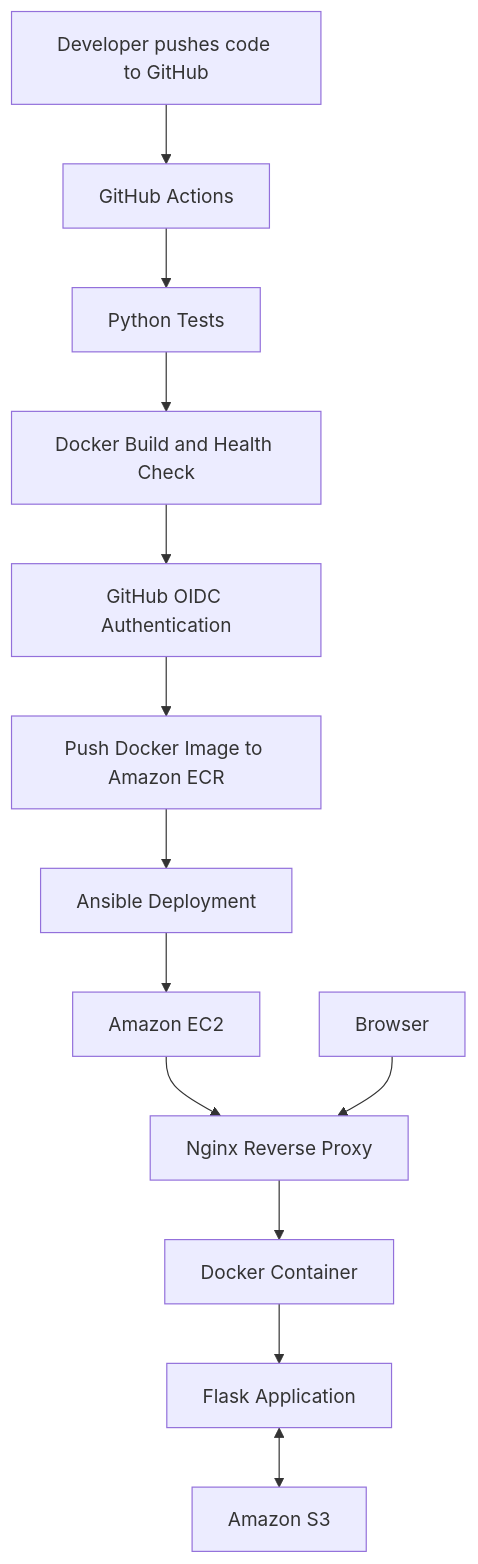
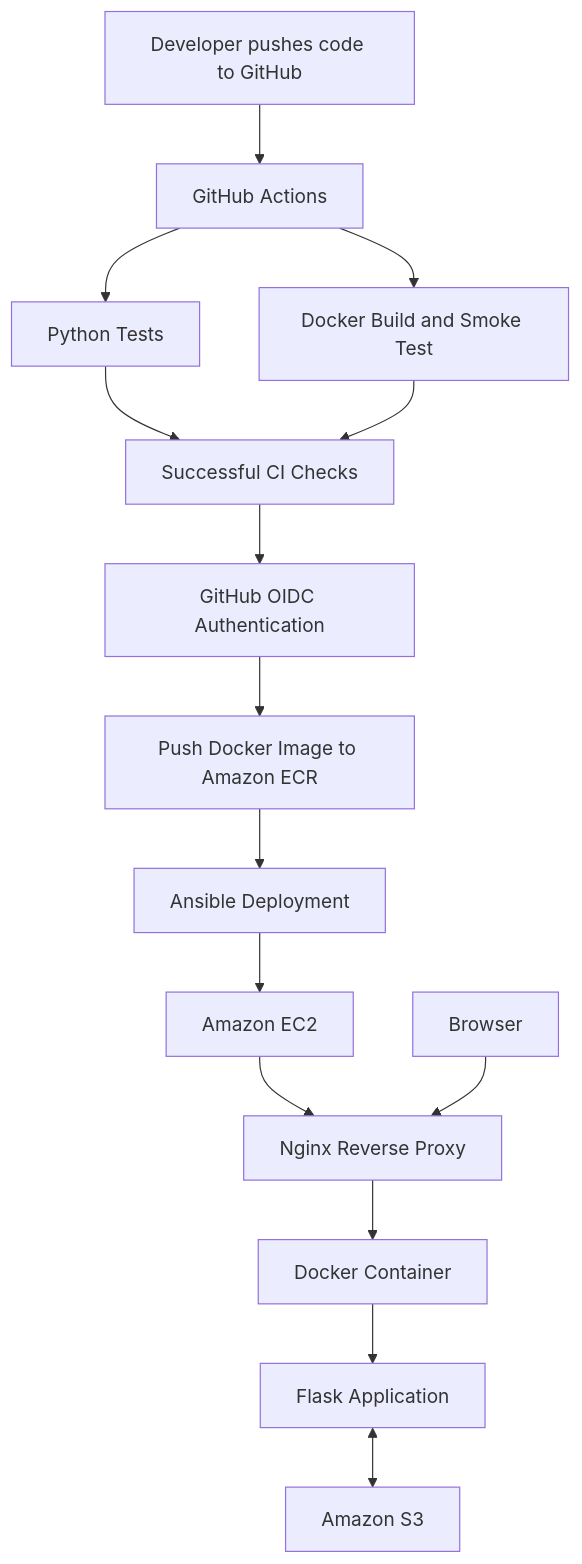
One commit to Jagan540-tech/face-recognition-cloud-devops-project changed the diagram in README.md. Above: the diagram before and after it, drawn with Mermaid. The commit also changed other lines of this file and 1 other file, not shown here.

````diff
--- a/README.md
+++ b/README.md
@@ -69,16 +73,24 @@
 ```mermaid
 flowchart TD
     A[Developer pushes code to GitHub]
     A --> B[GitHub Actions]
+
     B --> C[Python Tests]
-    C --> D[Docker Build and Health Check]
-    D --> E[GitHub OIDC Authentication]
-    E --> F[Push Docker Image to Amazon ECR]
-    F --> G[Ansible Deployment]
-    G --> H[Amazon EC2]
-    H --> I[Nginx Reverse Proxy]
-    I --> J[Docker Container]
-    J --> K[Flask Application]
-    K <--> L[Amazon S3]
-    M[Browser] --> I
+    B --> D[Docker Build and Smoke Test]
+
+    C --> E[Successful CI Checks]
+    D --> E
+
+    E --> F[GitHub OIDC Authentication]
+    F --> G[Push Docker Image to Amazon ECR]
+    G --> H[Ansible Deployment]
+
+    H --> I[Amazon EC2]
+    I --> J[Nginx Reverse Proxy]
+    J --> K[Docker Container]
+    K --> L[Flask Application]
+
+    L <--> M[Amazon S3]
+
+    N[Browser] --> J
 ```
````
